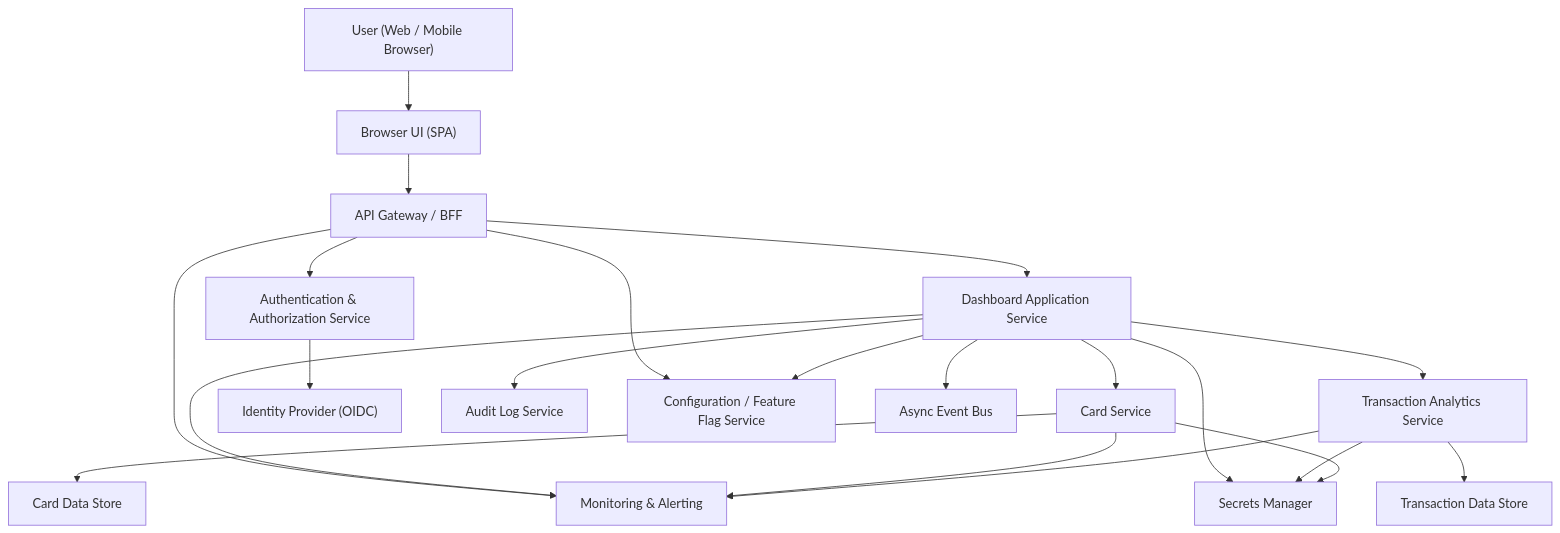
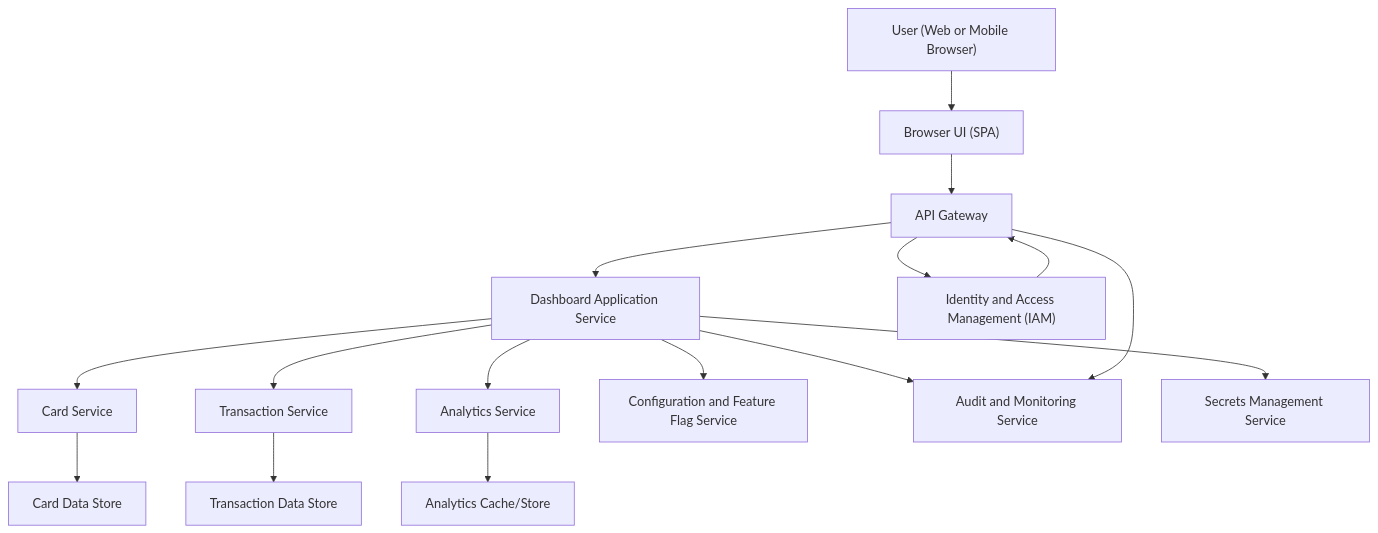
Before and after one commit to Davamani-git/APB_Demo: the diagram in HLD/QE-3689_HLD.md, drawn with Mermaid. The commit also changed other lines of this file, not shown here.

````diff
--- a/HLD/QE-3689_HLD.md
+++ b/HLD/QE-3689_HLD.md
@@ -5,40 +5,33 @@
 ```mermaid
 flowchart TD
+    U["User (Web or Mobile Browser)"]
+    B["Browser UI (SPA)"]
+    AG["API Gateway"]
+    AS["Dashboard Application Service"]
+    CS["Card Service"]
+    TS["Transaction Service"]
+    ANS["Analytics Service"]
+    AUTH["Identity and Access Management (IAM)"]
+    CFG["Configuration and Feature Flag Service"]
+    LOG["Audit and Monitoring Service"]
+    SEC["Secrets Management Service"]
+    DB_CARD["Card Data Store"]
+    DB_TXN["Transaction Data Store"]
+    DB_ANALYTICS["Analytics Cache/Store"]
 
-U["User (Web / Mobile Browser)"]
-B["Browser UI (SPA)"]
-AG["API Gateway / BFF"]
-AS["Dashboard Application Service"]
-CS["Card Service"]
-TS["Transaction Analytics Service"]
-AUTH["Authentication & Authorization Service"]
-IDP["Identity Provider (OIDC)"]
-DB_CARD["Card Data Store"]
-DB_TX["Transaction Data Store"]
-LOG["Audit Log Service"]
-CFG["Configuration / Feature Flag Service"]
-SEC["Secrets Manager"]
-MQ["Async Event Bus"]
-MON["Monitoring & Alerting"]
-
-U --> B
-B --> AG
-AG --> AUTH
-AUTH --> IDP
-AG --> AS
-AS --> CS
-AS --> TS
-CS --> DB_CARD
-TS --> DB_TX
-AS --> LOG
-AS --> MQ
-AG --> MON
-AS --> MON
-CS --> MON
-TS --> MON
-AG --> CFG
-AS --> CFG
-AS --> SEC
-TS --> SEC
-CS --> SEC
+    U --> B
+    B --> AG
+    AG --> AUTH
+    AUTH --> AG
+    AG --> AS
+    AS --> CS
+    AS --> TS
+    AS --> ANS
+    CS --> DB_CARD
+    TS --> DB_TXN
+    ANS --> DB_ANALYTICS
+    AS --> LOG
+    AG --> LOG
+    AS --> CFG
+    AS --> SEC
 ```
````
